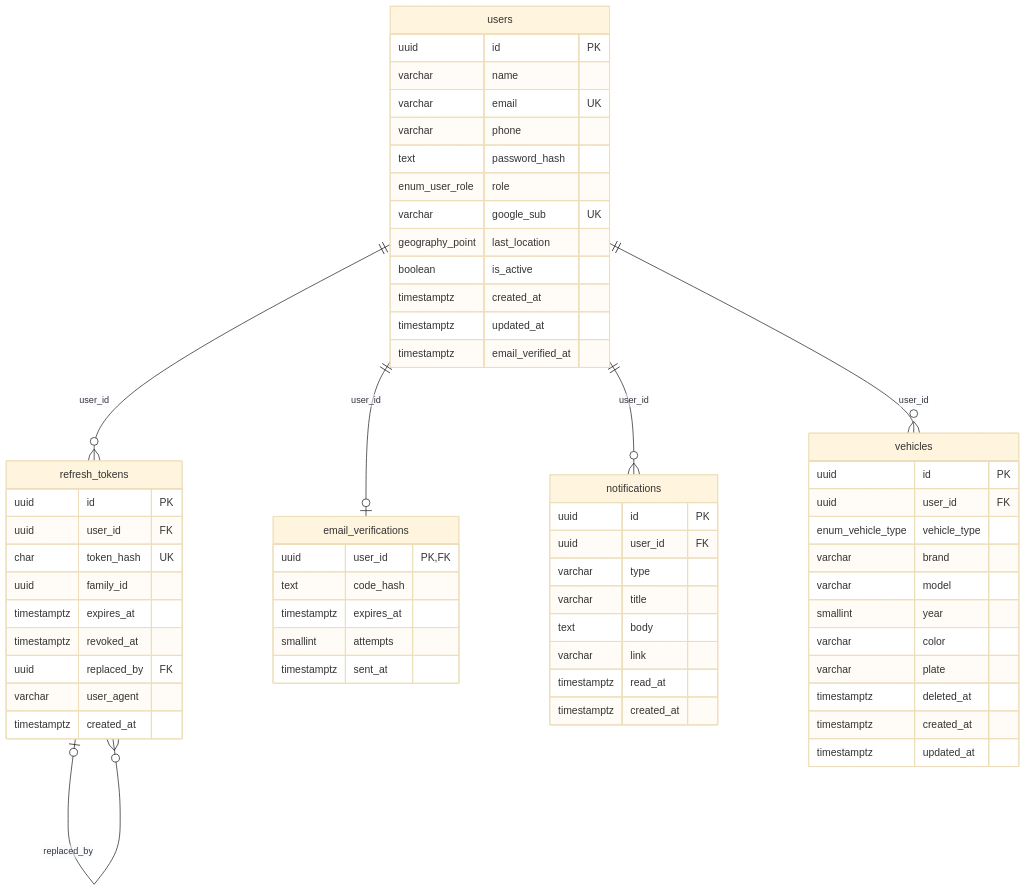
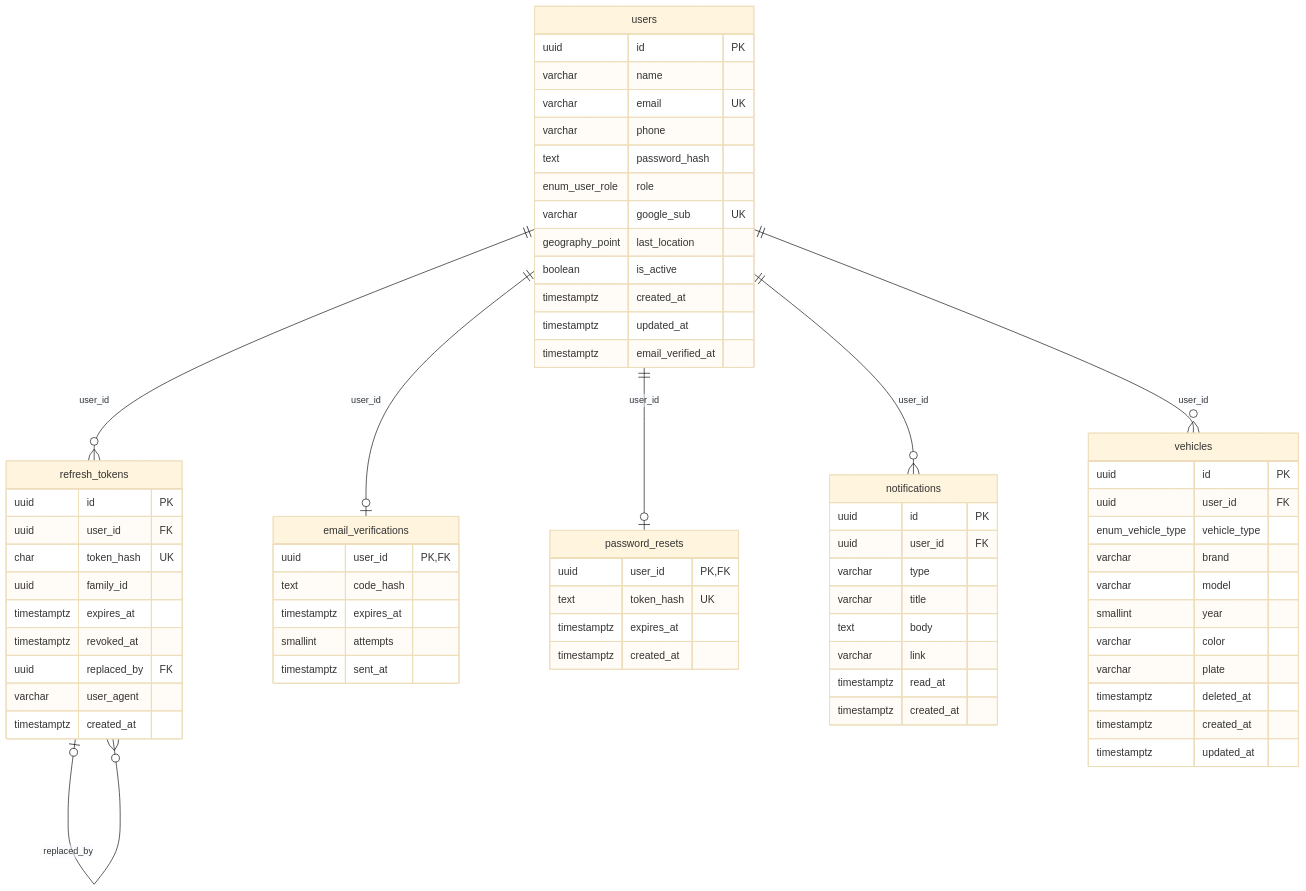
One commit to AldiRachmatdiantoo/bengkelgo changed the second of 6 diagrams in docs/erd.md. Above: the diagram before and after it, drawn with Mermaid (base theme). The commit also changed other lines of this file and 28 other files, not shown here.

````diff
--- a/docs/erd.md
+++ b/docs/erd.md
@@ -47,63 +48,70 @@
 ```mermaid
 erDiagram
     users {
         uuid id PK
         varchar name
         varchar email UK
         varchar phone
         text password_hash
         enum_user_role role
         varchar google_sub UK
         geography_point last_location
         boolean is_active
         timestamptz created_at
         timestamptz updated_at
         timestamptz email_verified_at
     }
     refresh_tokens {
         uuid id PK
         uuid user_id FK
         char token_hash UK
         uuid family_id
         timestamptz expires_at
         timestamptz revoked_at
         uuid replaced_by FK
         varchar user_agent
         timestamptz created_at
     }
     email_verifications {
         uuid user_id PK,FK
         text code_hash
         timestamptz expires_at
         smallint attempts
         timestamptz sent_at
     }
+    password_resets {
+        uuid user_id PK,FK
+        text token_hash UK
+        timestamptz expires_at
+        timestamptz created_at
+    }
     notifications {
         uuid id PK
         uuid user_id FK
         varchar type
         varchar title
         text body
         varchar link
         timestamptz read_at
         timestamptz created_at
     }
     vehicles {
         uuid id PK
         uuid user_id FK
         enum_vehicle_type vehicle_type
         varchar brand
         varchar model
         smallint year
         varchar color
         varchar plate
         timestamptz deleted_at
         timestamptz created_at
         timestamptz updated_at
     }
     users ||--o| email_verifications : "user_id"
     users ||--o{ notifications : "user_id"
+    users ||--o| password_resets : "user_id"
     refresh_tokens |o--o{ refresh_tokens : "replaced_by"
     users ||--o{ refresh_tokens : "user_id"
     users ||--o{ vehicles : "user_id"
 ```
````
